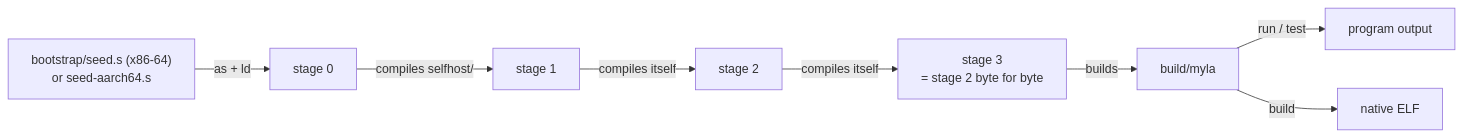
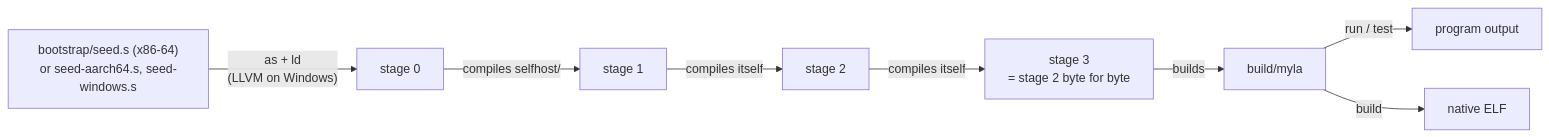
The diagram in docs/Home.md (h3ll5ur7er/myla), drawn with Mermaid before and after one commit. The commit also changed 16 other files, not shown here.

First line of the commit message:
MYLA-709: CI's bootstrap-windows, the tests and the docs of the bootstrap on Windows

````diff
--- a/docs/Home.md
+++ b/docs/Home.md
@@ -54,9 +54,9 @@
 ```mermaid
 flowchart LR
-    seed["bootstrap/seed.s (x86-64)<br/>or seed-aarch64.s"] -->|"as + ld"| s0["stage 0"]
+    seed["bootstrap/seed.s (x86-64)<br/>or seed-aarch64.s, seed-windows.s"] -->|"as + ld<br/>(LLVM on Windows)"| s0["stage 0"]
     s0 -->|compiles selfhost/| s1["stage 1"]
     s1 -->|compiles itself| s2["stage 2"] -->|compiles itself| s3["stage 3<br/>= stage 2 byte for byte"]
     s3 -->|builds| cli["build/myla"]
     cli -->|run / test| out1["program output"]
     cli -->|build| bin1["native ELF"]
 ```
````
